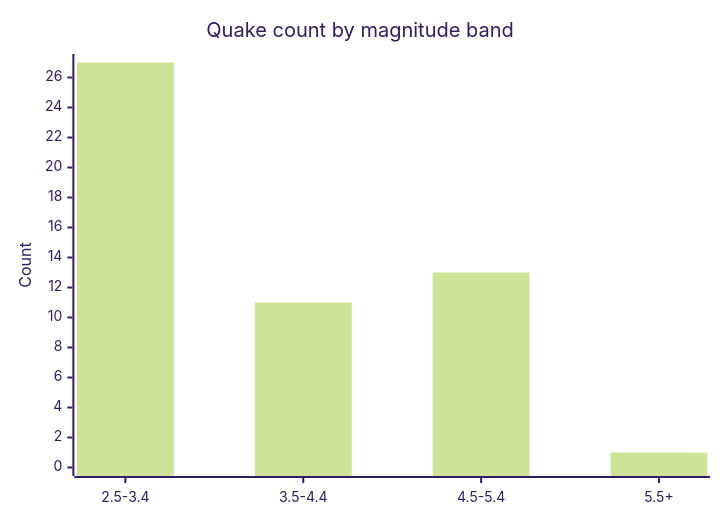
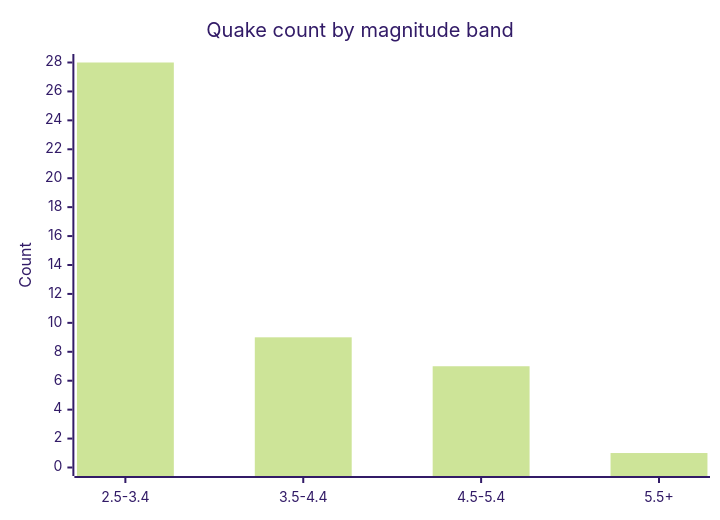
One commit to Midwest-Stratospheric/aerostratospheric-defense-gir changed the fifth of 6 diagrams in docs/GRAPHS.md. Above: the diagram before and after it, drawn with Mermaid (forest theme). The commit also changed other lines of this file and 24 other files, not shown here.

````diff
--- a/docs/GRAPHS.md
+++ b/docs/GRAPHS.md
@@ -82,7 +82,7 @@
 ```mermaid
 xychart-beta
   title "Quake count by magnitude band"
   x-axis ["2.5-3.4", "3.5-4.4", "4.5-5.4", "5.5+"]
-  y-axis "Count" 0 --> 27
-  bar [27, 11, 13, 1]
+  y-axis "Count" 0 --> 28
+  bar [28, 9, 7, 1]
 ```
````
